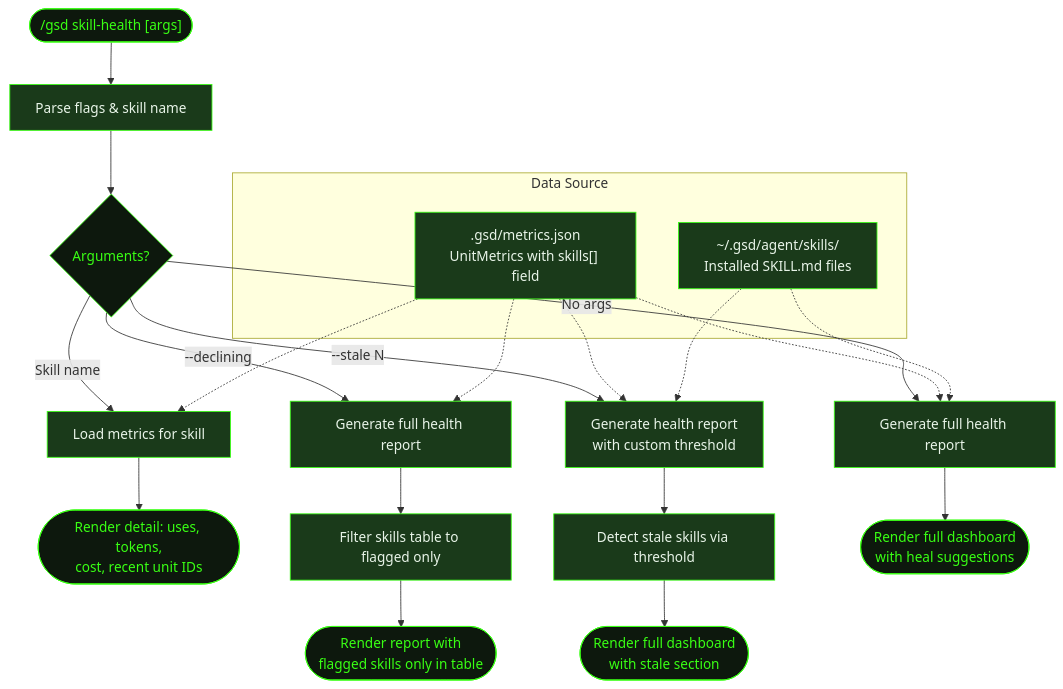
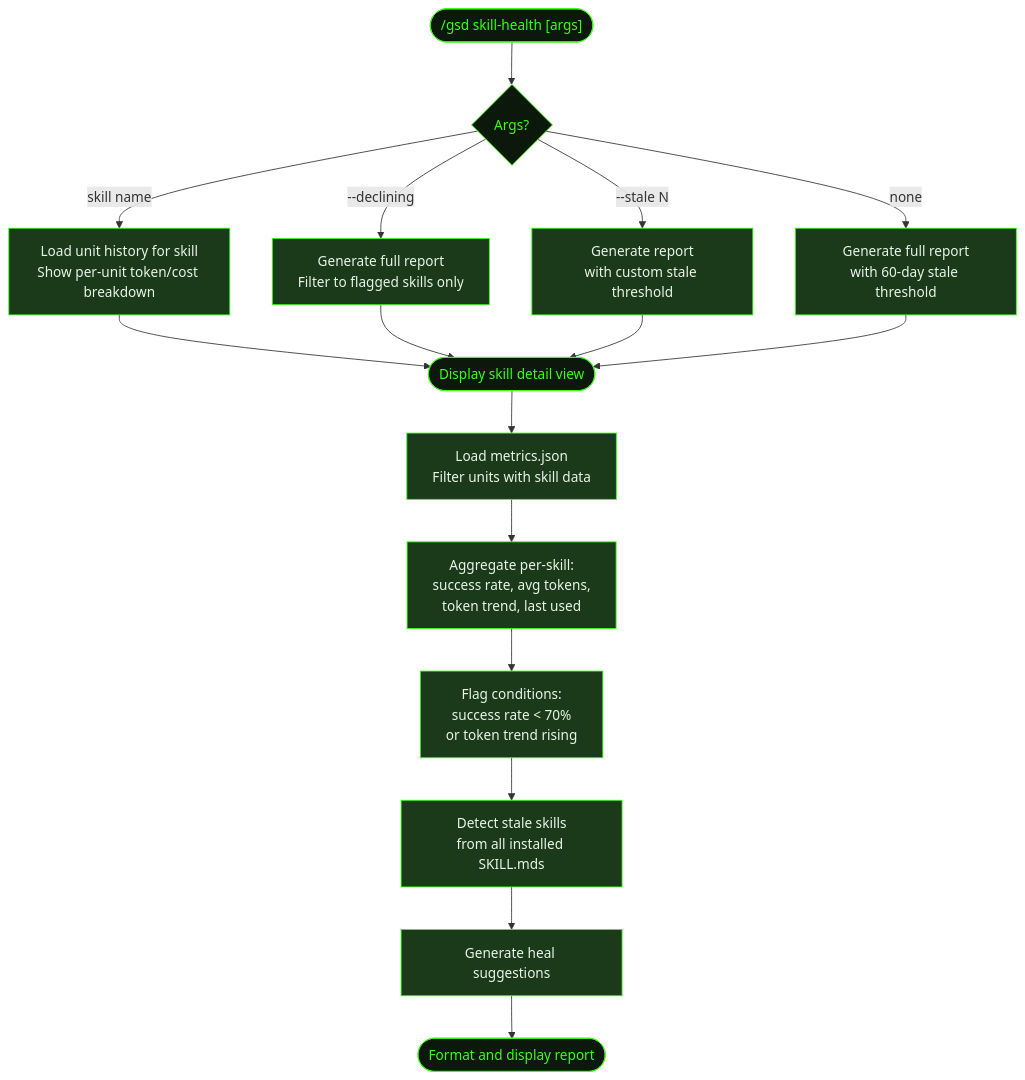
The diagram in src/content/docs/commands/skill-health.mdx (shusha-group/gsd2-guide), drawn with Mermaid before and after one commit. The commit also changed other lines of this file and 202 other files, not shown here.

````diff
--- a/src/content/docs/commands/skill-health.mdx
+++ b/src/content/docs/commands/skill-health.mdx
@@ -23,47 +30,34 @@
 ```mermaid
 flowchart TD
-    Start(["/gsd skill-health [args]"]) --> Parse[Parse flags & skill name]
-    Parse --> Route{Arguments?}
+    Start(["/gsd skill-health [args]"]) --> Parse{Args?}
+    Parse -->|skill name| Detail[Load unit history for skill<br/>Show per-unit token/cost breakdown]
+    Parse -->|--declining| Filter[Generate full report<br/>Filter to flagged skills only]
+    Parse -->|--stale N| Custom[Generate report<br/>with custom stale threshold]
+    Parse -->|none| Full[Generate full report<br/>with 60-day stale threshold]
 
-    Route -->|Skill name| Detail[Load metrics for skill]
-    Detail --> DetailView([Render detail: uses, tokens,<br/>cost, recent unit IDs])
+    Detail --> Show([Display skill detail view])
+    Filter --> Show
+    Custom --> Show
+    Full --> Show
 
-    Route -->|--declining| GenReport[Generate full health report]
-    GenReport --> FilterDecline[Filter skills table to flagged only]
-    FilterDecline --> DashDecline([Render report with<br/>flagged skills only in table])
-
-    Route -->|--stale N| GenReport2[Generate health report<br/>with custom threshold]
-    GenReport2 --> FilterStale[Detect stale skills via threshold]
-    FilterStale --> DashStale([Render full dashboard<br/>with stale section])
-
-    Route -->|No args| GenFull[Generate full health report]
-    GenFull --> DashFull([Render full dashboard<br/>with heal suggestions])
-
-    subgraph "Data Source"
-        Ledger[".gsd/metrics.json<br/>UnitMetrics with skills[] field"]
-        Skills["~/.gsd/agent/skills/<br/>Installed SKILL.md files"]
-    end
-
-    Ledger -.-> GenReport
-    Ledger -.-> GenReport2
-    Ledger -.-> GenFull
-    Ledger -.-> Detail
-    Skills -.-> GenReport2
-    Skills -.-> GenFull
+    Show --> Metrics[Load metrics.json<br/>Filter units with skill data]
+    Metrics --> Aggregate[Aggregate per-skill:<br/>success rate, avg tokens,<br/>token trend, last used]
+    Aggregate --> Flag[Flag conditions:<br/>success rate < 70%<br/>or token trend rising]
+    Flag --> Stale[Detect stale skills<br/>from all installed SKILL.mds]
+    Stale --> Suggestions[Generate heal suggestions]
+    Suggestions --> Format([Format and display report])
 
     style Start fill:#0d180d,stroke:#39ff14,color:#39ff14
-    style Route fill:#0d180d,stroke:#39ff14,color:#39ff14
-    style Parse fill:#1a3a1a,stroke:#39ff14,color:#e8f4e8
+    style Parse fill:#0d180d,stroke:#39ff14,color:#39ff14
     style Detail fill:#1a3a1a,stroke:#39ff14,color:#e8f4e8
-    style GenReport fill:#1a3a1a,stroke:#39ff14,color:#e8f4e8
-    style GenReport2 fill:#1a3a1a,stroke:#39ff14,color:#e8f4e8
-    style GenFull fill:#1a3a1a,stroke:#39ff14,color:#e8f4e8
-    style FilterDecline fill:#1a3a1a,stroke:#39ff14,color:#e8f4e8
-    style FilterStale fill:#1a3a1a,stroke:#39ff14,color:#e8f4e8
-    style DetailView fill:#0d180d,stroke:#39ff14,color:#39ff14
-    style DashDecline fill:#0d180d,stroke:#39ff14,color:#39ff14
-    style DashStale fill:#0d180d,stroke:#39ff14,color:#39ff14
-    style DashFull fill:#0d180d,stroke:#39ff14,color:#39ff14
-    style Ledger fill:#1a3a1a,stroke:#39ff14,color:#e8f4e8
-    style Skills fill:#1a3a1a,stroke:#39ff14,color:#e8f4e8
+    style Filter fill:#1a3a1a,stroke:#39ff14,color:#e8f4e8
+    style Custom fill:#1a3a1a,stroke:#39ff14,color:#e8f4e8
+    style Full fill:#1a3a1a,stroke:#39ff14,color:#e8f4e8
+    style Metrics fill:#1a3a1a,stroke:#39ff14,color:#e8f4e8
+    style Aggregate fill:#1a3a1a,stroke:#39ff14,color:#e8f4e8
+    style Flag fill:#1a3a1a,stroke:#39ff14,color:#e8f4e8
+    style Stale fill:#1a3a1a,stroke:#39ff14,color:#e8f4e8
+    style Suggestions fill:#1a3a1a,stroke:#39ff14,color:#e8f4e8
+    style Show fill:#0d180d,stroke:#39ff14,color:#39ff14
+    style Format fill:#0d180d,stroke:#39ff14,color:#39ff14
 ```
````
